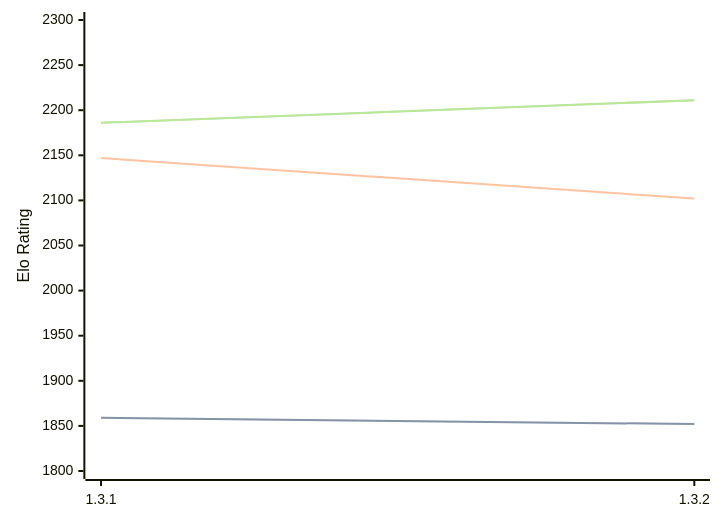
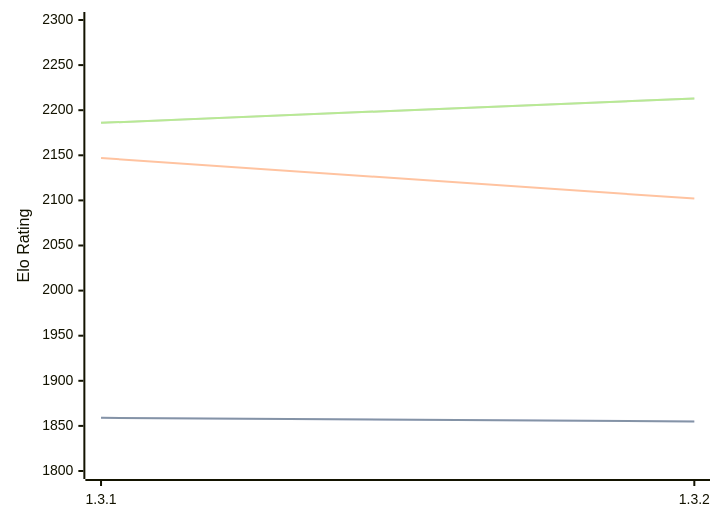
Before and after one commit to computer-chess-index/cci: the diagram in engines/Zugblitz.md, drawn with Mermaid. The commit also changed other lines of this file, not shown here.

Commit message:
Update CCI Ratings (ELO VLTC) - 2026-09-08

````diff
--- a/engines/Zugblitz.md
+++ b/engines/Zugblitz.md
@@ -32,11 +32,11 @@
 ```mermaid
 %%{init: {"theme":"base","themeVariables":{"seriesColors:['#a3a3a3','#222221','#faa371']}}}%%
 xychart-beta
   x-axis ["1.3.1", "1.3.2"]
   y-axis "Elo Rating" 1800 --> 2300
-  line "" [1859, 1852]
-  line "STC (8.0+0.08s)" [1859, 1852]
+  line "" [1859, 1855]
+  line "STC (8.0+0.08s)" [1859, 1855]
   line "LTC (60.0+0.60s)" [2147, 2102]
-  line "" [2186, 2211]
-  line "VLTC (2m24s+1.12s)" [2186, 2211]
+  line "" [2186, 2213]
+  line "VLTC (2m24s+1.12s)" [2186, 2213]
 ```
````
